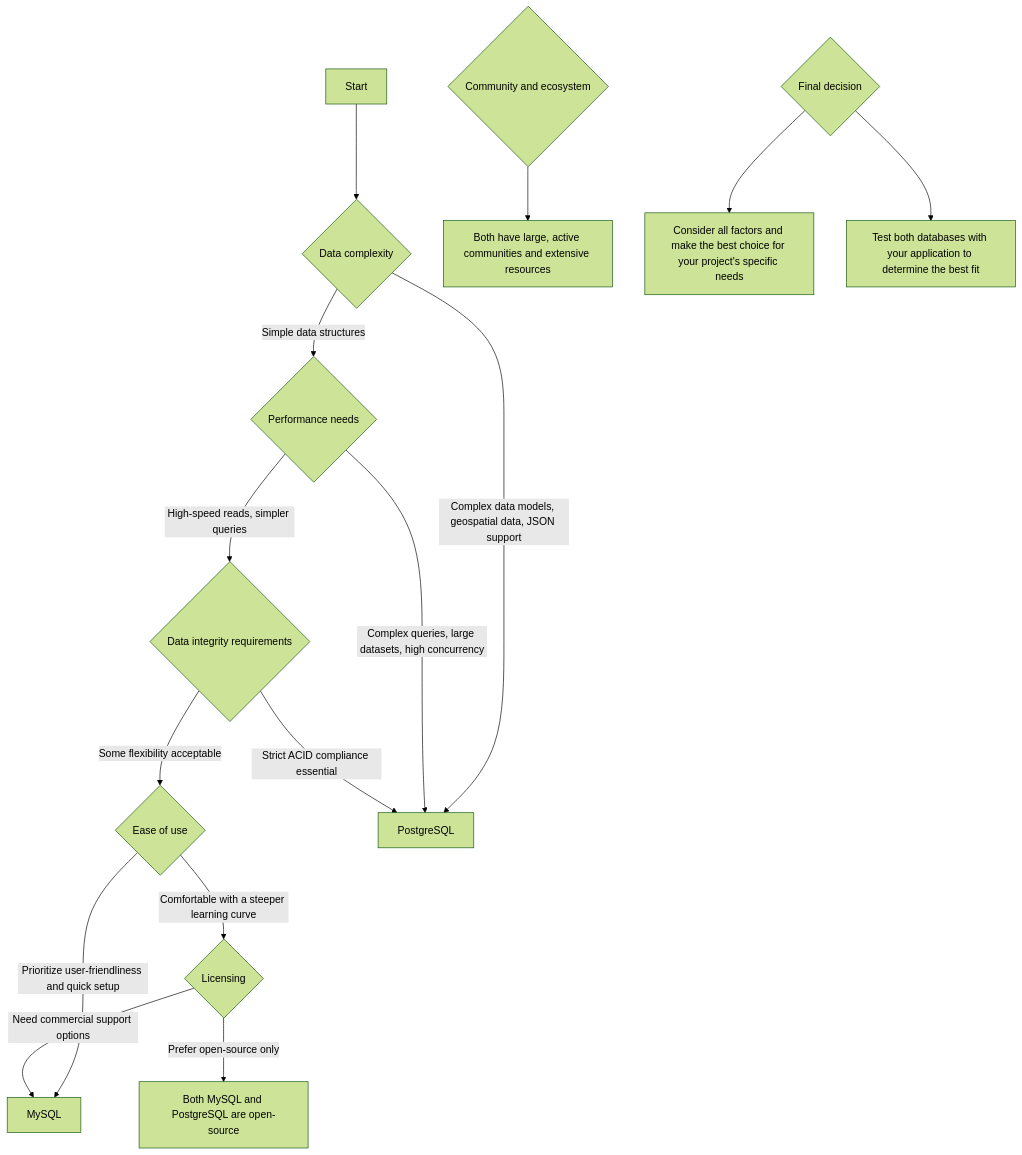
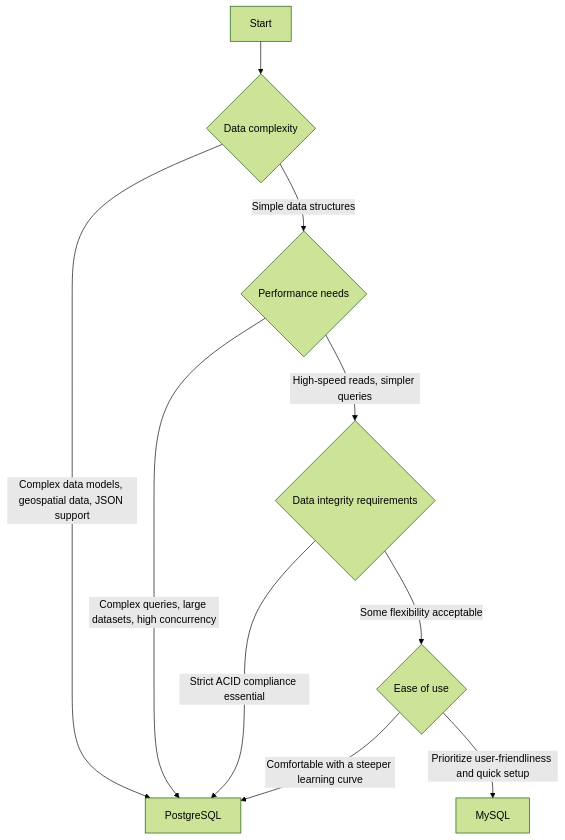
Before and after one commit to fortran01/giste: the first of 4 diagrams in decision_tree_psql_vs_mysql.md, drawn with Mermaid (forest theme). The commit also changed other lines of this file, not shown here.

Commit message:
Add decision tree for comparing PostgreSQL and MySQL

````diff
--- a/decision_tree_psql_vs_mysql.md
+++ b/decision_tree_psql_vs_mysql.md
@@ -1,32 +3,20 @@
 ```mermaid
 graph TD
     A[Start]
     B{Data complexity}
     C{Performance needs}
     D{Data integrity requirements}
     E{Ease of use}
-    F{Licensing}
-    G{Community and ecosystem}
-    H{Final decision}
     I[PostgreSQL]
     J[MySQL]
-    K[Both MySQL and PostgreSQL are open-source]
-    L[Both have large, active communities and extensive resources]
-    M[Consider all factors and make the best choice for your project's specific needs]
-    N[Test both databases with your application to determine the best fit]
-    
+
     A --> B
     B -->|Simple data structures| C
     B -->|Complex data models, geospatial data, JSON support| I
     C -->|High-speed reads, simpler queries| D
     C -->|Complex queries, large datasets, high concurrency| I
     D -->|Strict ACID compliance essential| I
     D -->|Some flexibility acceptable| E
     E -->|Prioritize user-friendliness and quick setup| J
-    E -->|Comfortable with a steeper learning curve| F
-    F -->|Prefer open-source only| K
-    F -->|Need commercial support options| J
-    G --> L
-    H --> M
-    H --> N
+    E -->|Comfortable with a steeper learning curve| I
 ```
````
